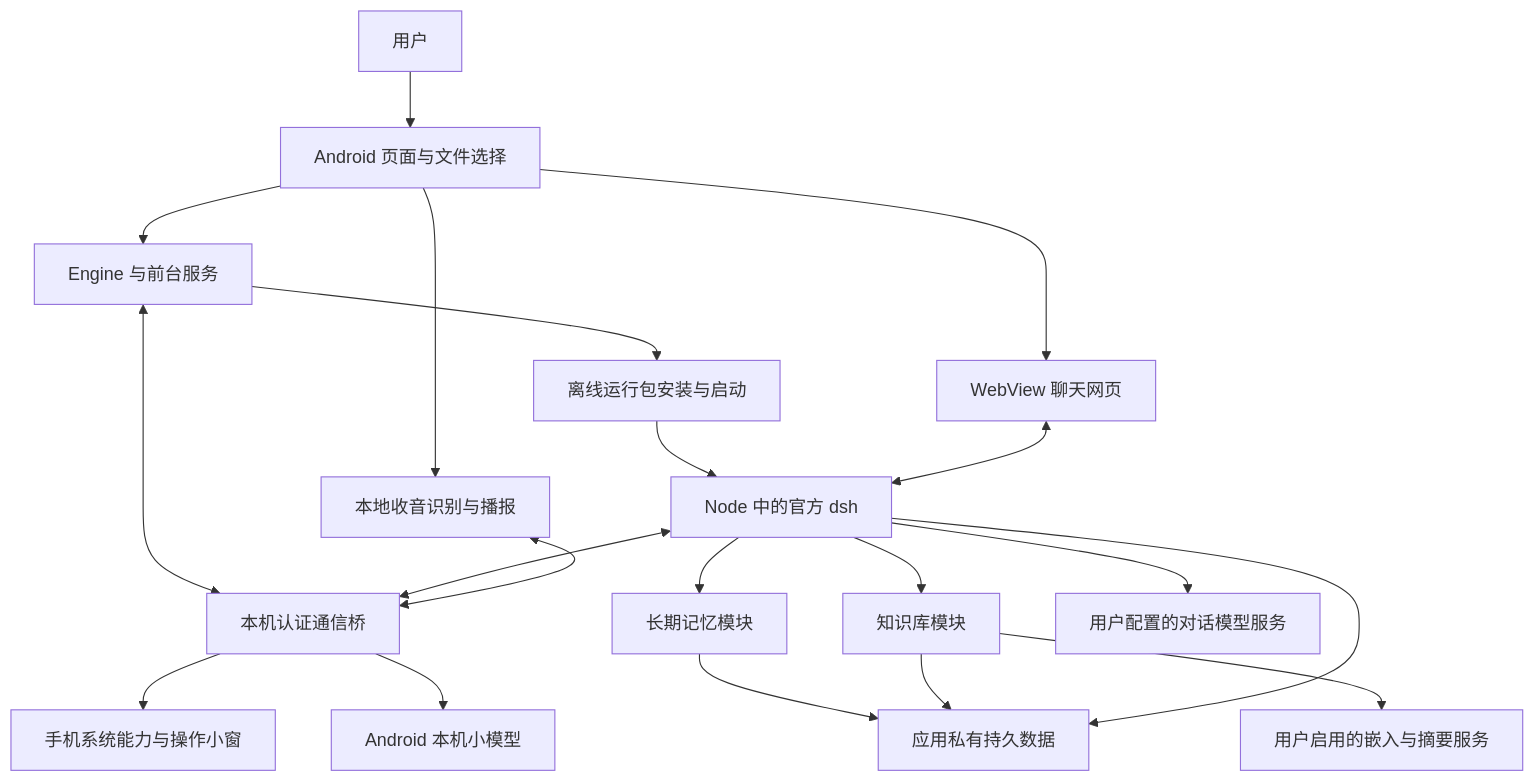
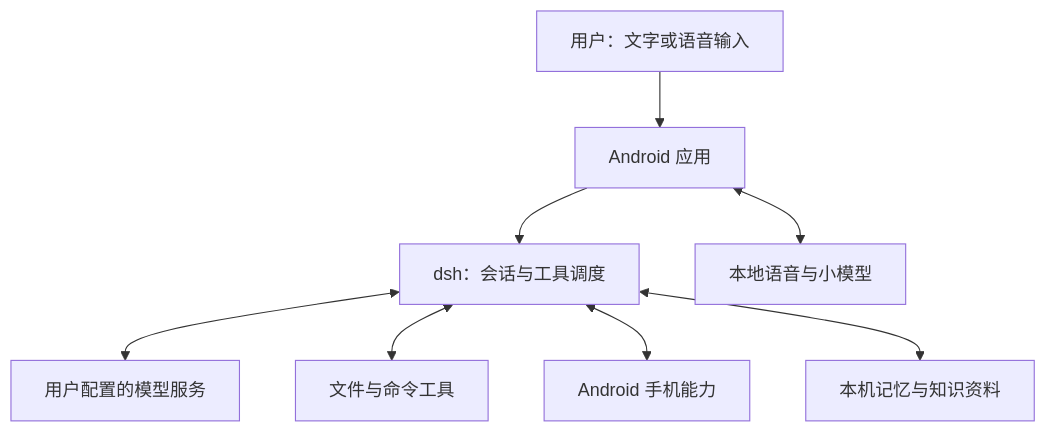
The diagram in README.md (skynit/DSHX), drawn with Mermaid before and after one commit. The commit also changed other lines of this file and 28 other files, not shown here.

````diff
--- a/README.md
+++ b/README.md
@@ -45,22 +95,10 @@
 ```mermaid
 flowchart TD
-    U[用户] --> UI[Android 页面与文件选择]
-    UI --> E[Engine 与前台服务]
-    UI --> W[WebView 聊天网页]
-    E --> C[离线运行包安装与启动]
-    C --> D[Node 中的官方 dsh]
-    W <--> D
-    E <--> B[本机认证通信桥]
-    D <--> B
-    B --> P[手机系统能力与操作小窗]
-    B --> L[Android 本机小模型]
-    UI --> V[本地收音识别与播报]
-    V <--> B
-    D --> M[长期记忆模块]
-    D --> K[知识库模块]
-    M --> S[应用私有持久数据]
-    K --> S
-    D --> S
-    D --> R[用户配置的对话模型服务]
-    K --> Q[用户启用的嵌入与摘要服务]
+    U[用户：文字或语音输入] --> A[Android 应用]
+    A --> D[dsh：会话与工具调度]
+    D <--> M[用户配置的模型服务]
+    D <--> F[文件与命令工具]
+    D <--> P[Android 手机能力]
+    D <--> K[本机记忆与知识资料]
+    A <--> V[本地语音与小模型]
 ```
````
